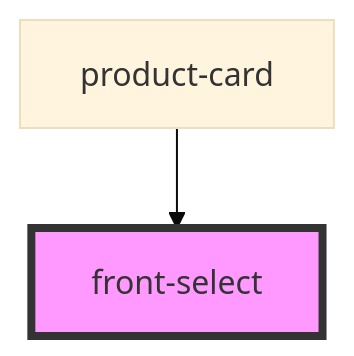
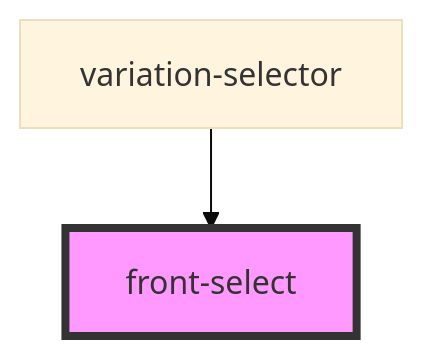
One commit to commerce-suite/storefront-components changed the diagram in src/components/ui/front-select/readme.md. Above: the diagram before and after it, drawn with Mermaid (base theme). The commit also changed other lines of this file and 15 other files, not shown here.

````diff
--- a/src/components/ui/front-select/readme.md
+++ b/src/components/ui/front-select/readme.md
@@ -27,5 +27,5 @@
 ```mermaid
 graph TD;
-  product-card --> front-select
+  variation-selector --> front-select
   style front-select fill:#f9f,stroke:#333,stroke-width:4px
 ```
````
